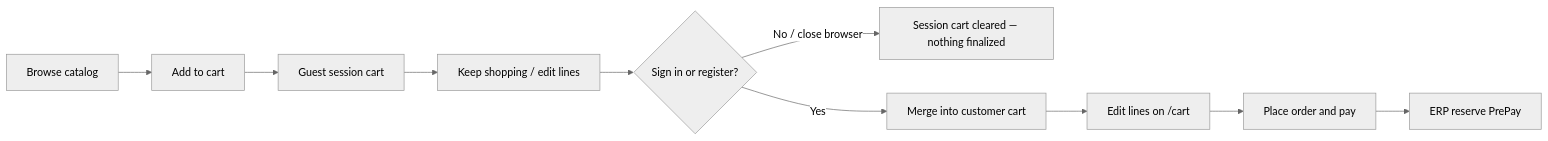
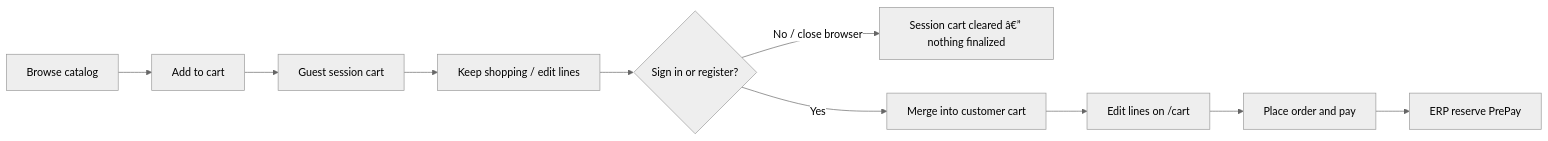
Before and after one commit to adminsense/WebShopABMATIC: the third of 3 diagrams in docs/SPEC_WEB_STORE.md, drawn with Mermaid (neutral theme). The commit also changed other lines of this file and 12 other files, not shown here.

````diff
--- a/docs/SPEC_WEB_STORE.md
+++ b/docs/SPEC_WEB_STORE.md
@@ -378,12 +378,12 @@
 ```mermaid
 flowchart LR
   Browse[Browse catalog] --> Add[Add to cart]
   Add --> GuestCart[Guest session cart]
   GuestCart --> More[Keep shopping / edit lines]
   More --> Gate{Sign in or register?}
-  Gate -->|No / close browser| Clear[Session cart cleared — nothing finalized]
+  Gate -->|No / close browser| Clear[Session cart cleared â€” nothing finalized]
   Gate -->|Yes| Merge[Merge into customer cart]
   Merge --> Edit[Edit lines on /cart]
   Edit --> Pay[Place order and pay]
   Pay --> Reserve[ERP reserve PrePay]
 ```
````
